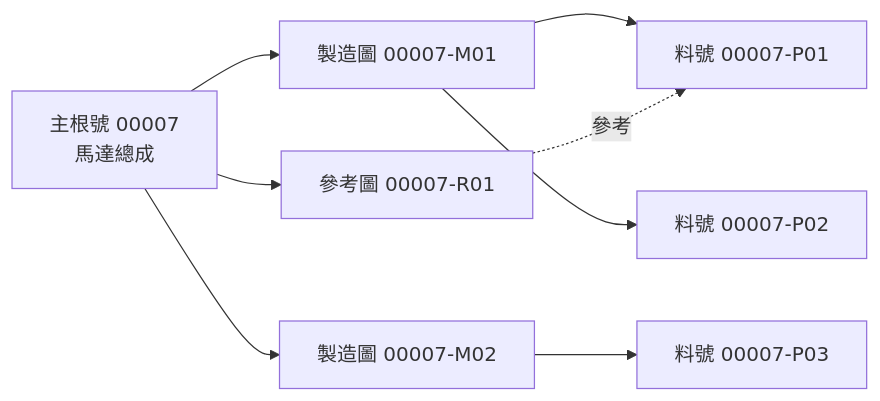
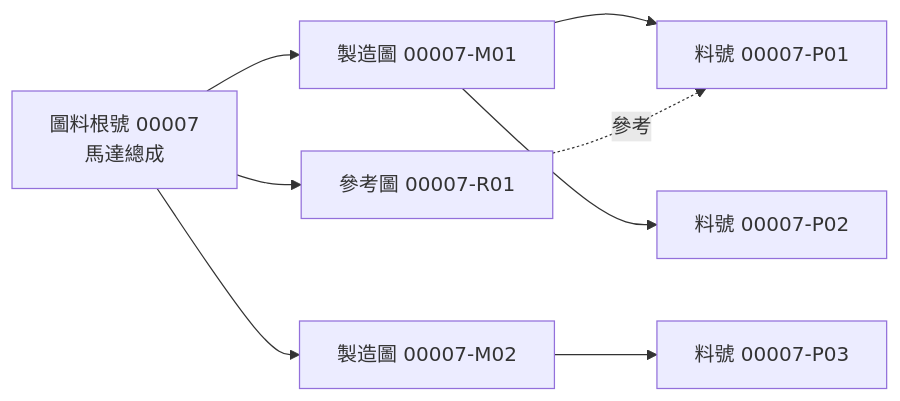
The diagram in .ai-doc/specs/SPEC-PDM-DRAWING-PART-RELATION-VIEW-001-root-drawing-part-relation-list.md (jedchang0308-jenfu/AI-PDM), drawn with Mermaid before and after one commit. The commit also changed other lines of this file and 6202 other files, not shown here.

````diff
--- a/.ai-doc/specs/SPEC-PDM-DRAWING-PART-RELATION-VIEW-001-root-drawing-part-relation-list.md
+++ b/.ai-doc/specs/SPEC-PDM-DRAWING-PART-RELATION-VIEW-001-root-drawing-part-relation-list.md
@@ -293,10 +293,10 @@
 ```mermaid
 flowchart LR
-  Root["主根號 00007<br/>馬達總成"] --> M01["製造圖 00007-M01"]
+  Root["圖料根號 00007<br/>馬達總成"] --> M01["製造圖 00007-M01"]
   Root --> M02["製造圖 00007-M02"]
   Root --> R01["參考圖 00007-R01"]
   M01 --> P01["料號 00007-P01"]
   M01 --> P02["料號 00007-P02"]
   M02 --> P03["料號 00007-P03"]
   R01 -.參考.-> P01
 ```
````
